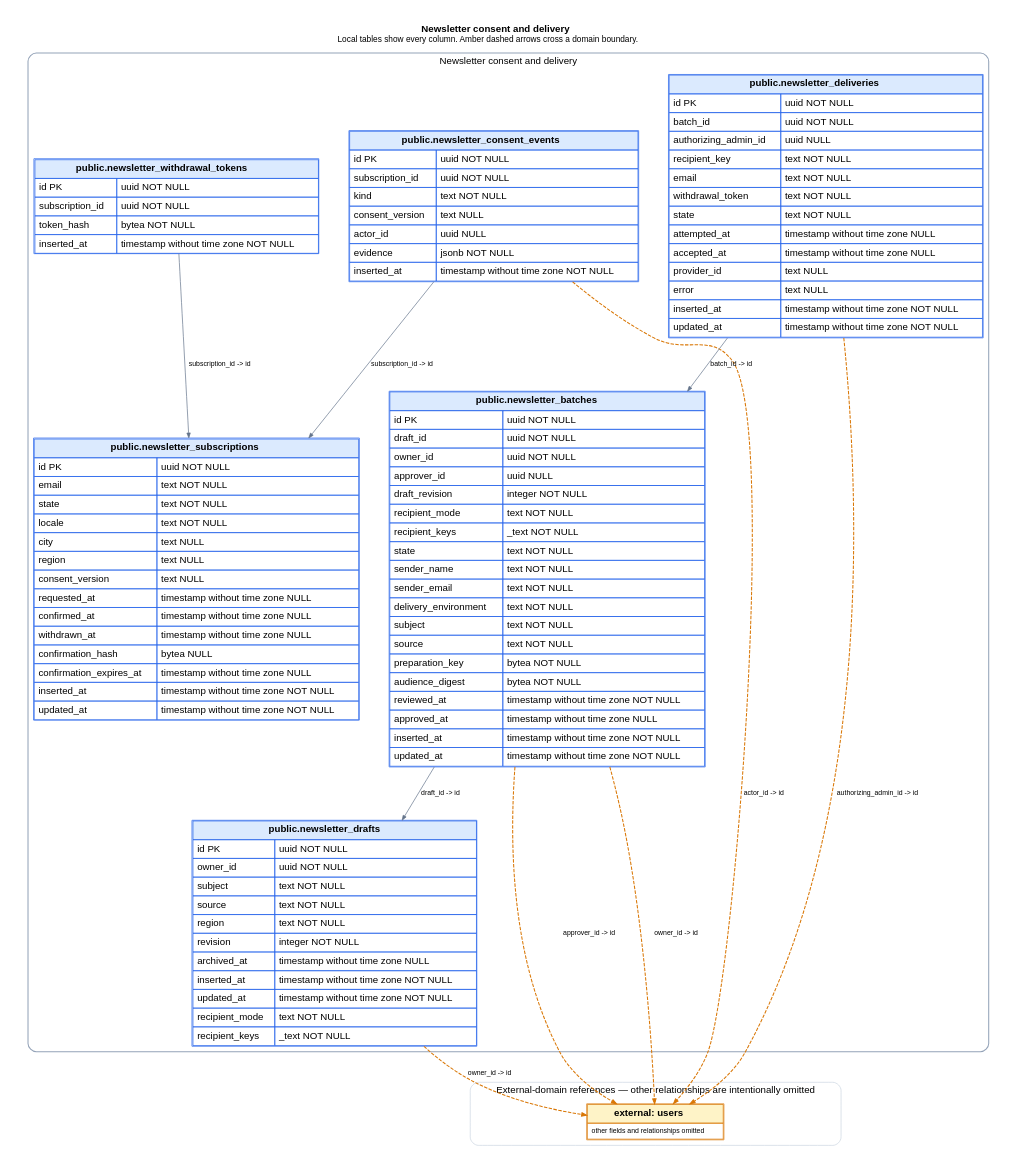
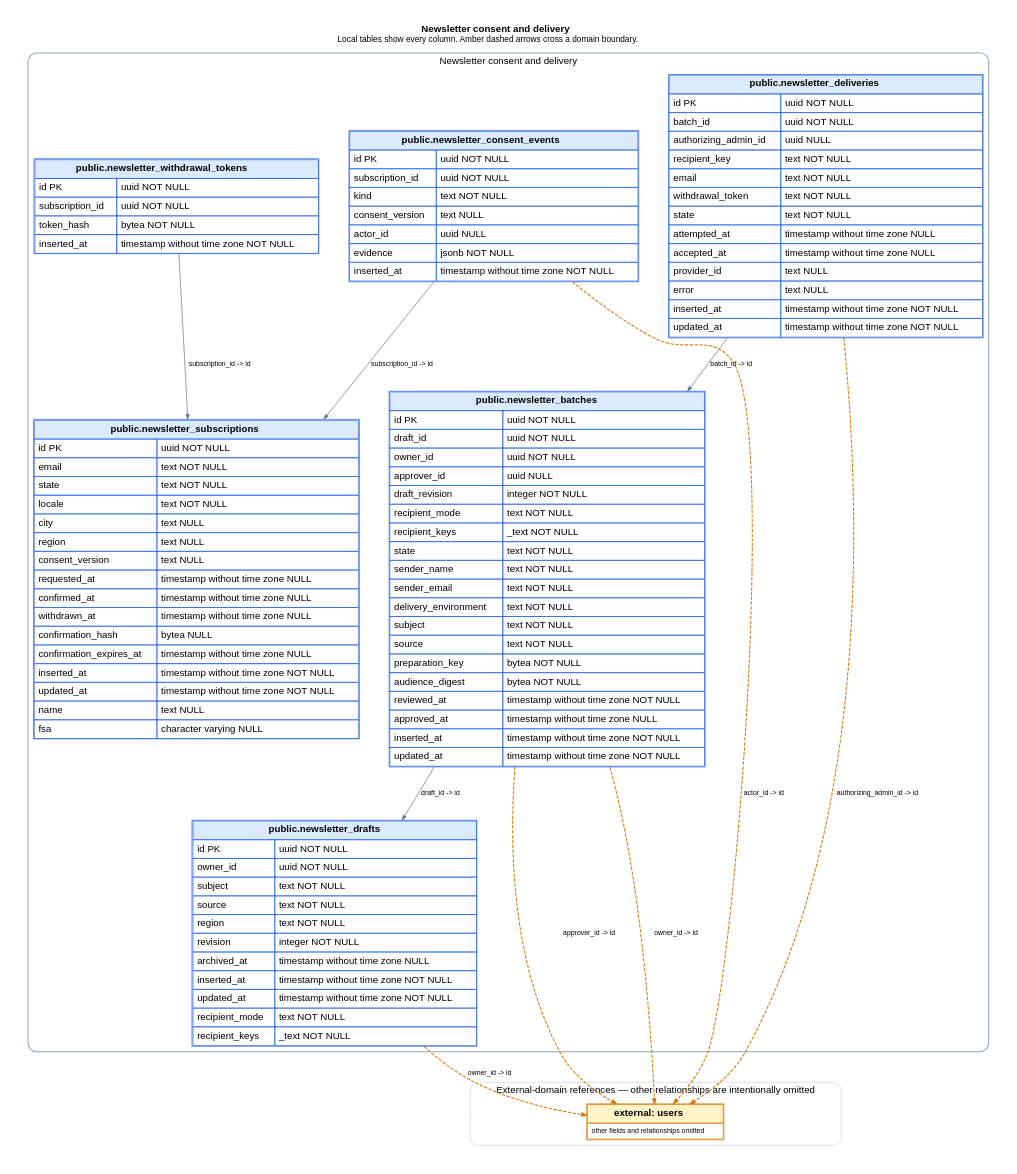
One commit to ogourment/pauseai.ca-website changed the diagram in docs/schema/domains/newsletter.dot. Above: the diagram before and after it, drawn with Graphviz. The commit also changed 26 other files, not shown here.

```diff
--- a/docs/schema/domains/newsletter.dot
+++ b/docs/schema/domains/newsletter.dot
@@ -1,80 +1,80 @@
 digraph newsletter {
   graph [rankdir=TB, bgcolor="white", pad=0.35, nodesep=0.6, ranksep=0.9, fontname="Helvetica"];
   node [shape=plain, fontname="Helvetica"];
   edge [fontname="Helvetica", fontsize=10, arrowsize=0.7];
   labelloc="t";
   label=< <B>Newsletter consent and delivery</B><BR/><FONT POINT-SIZE="12">Local tables show every column. Amber dashed arrows cross a domain boundary.</FONT> >;
 
   subgraph cluster_local {
     label="Newsletter consent and delivery";
     color="#94a3b8";
     penwidth=1.5;
     style="rounded";
   "newsletter_subscriptions" [label=<
     <TABLE BORDER="1" CELLBORDER="1" CELLSPACING="0" CELLPADDING="5" COLOR="#2563eb">
       <TR><TD BGCOLOR="#dbeafe" COLSPAN="2"><B>public.newsletter_subscriptions</B></TD></TR>
-      <TR><TD ALIGN="LEFT">id PK</TD><TD ALIGN="LEFT">uuid NOT NULL</TD></TR><TR><TD ALIGN="LEFT">email</TD><TD ALIGN="LEFT">text NOT NULL</TD></TR><TR><TD ALIGN="LEFT">state</TD><TD ALIGN="LEFT">text NOT NULL</TD></TR><TR><TD ALIGN="LEFT">locale</TD><TD ALIGN="LEFT">text NOT NULL</TD></TR><TR><TD ALIGN="LEFT">city</TD><TD ALIGN="LEFT">text NULL</TD></TR><TR><TD ALIGN="LEFT">region</TD><TD ALIGN="LEFT">text NULL</TD></TR><TR><TD ALIGN="LEFT">consent_version</TD><TD ALIGN="LEFT">text NULL</TD></TR><TR><TD ALIGN="LEFT">requested_at</TD><TD ALIGN="LEFT">timestamp without time zone NULL</TD></TR><TR><TD ALIGN="LEFT">confirmed_at</TD><TD ALIGN="LEFT">timestamp without time zone NULL</TD></TR><TR><TD ALIGN="LEFT">withdrawn_at</TD><TD ALIGN="LEFT">timestamp without time zone NULL</TD></TR><TR><TD ALIGN="LEFT">confirmation_hash</TD><TD ALIGN="LEFT">bytea NULL</TD></TR><TR><TD ALIGN="LEFT">confirmation_expires_at</TD><TD ALIGN="LEFT">timestamp without time zone NULL</TD></TR><TR><TD ALIGN="LEFT">inserted_at</TD><TD ALIGN="LEFT">timestamp without time zone NOT NULL</TD></TR><TR><TD ALIGN="LEFT">updated_at</TD><TD ALIGN="LEFT">timestamp without time zone NOT NULL</TD></TR>
+      <TR><TD ALIGN="LEFT">id PK</TD><TD ALIGN="LEFT">uuid NOT NULL</TD></TR><TR><TD ALIGN="LEFT">email</TD><TD ALIGN="LEFT">text NOT NULL</TD></TR><TR><TD ALIGN="LEFT">state</TD><TD ALIGN="LEFT">text NOT NULL</TD></TR><TR><TD ALIGN="LEFT">locale</TD><TD ALIGN="LEFT">text NOT NULL</TD></TR><TR><TD ALIGN="LEFT">city</TD><TD ALIGN="LEFT">text NULL</TD></TR><TR><TD ALIGN="LEFT">region</TD><TD ALIGN="LEFT">text NULL</TD></TR><TR><TD ALIGN="LEFT">consent_version</TD><TD ALIGN="LEFT">text NULL</TD></TR><TR><TD ALIGN="LEFT">requested_at</TD><TD ALIGN="LEFT">timestamp without time zone NULL</TD></TR><TR><TD ALIGN="LEFT">confirmed_at</TD><TD ALIGN="LEFT">timestamp without time zone NULL</TD></TR><TR><TD ALIGN="LEFT">withdrawn_at</TD><TD ALIGN="LEFT">timestamp without time zone NULL</TD></TR><TR><TD ALIGN="LEFT">confirmation_hash</TD><TD ALIGN="LEFT">bytea NULL</TD></TR><TR><TD ALIGN="LEFT">confirmation_expires_at</TD><TD ALIGN="LEFT">timestamp without time zone NULL</TD></TR><TR><TD ALIGN="LEFT">inserted_at</TD><TD ALIGN="LEFT">timestamp without time zone NOT NULL</TD></TR><TR><TD ALIGN="LEFT">updated_at</TD><TD ALIGN="LEFT">timestamp without time zone NOT NULL</TD></TR><TR><TD ALIGN="LEFT">name</TD><TD ALIGN="LEFT">text NULL</TD></TR><TR><TD ALIGN="LEFT">fsa</TD><TD ALIGN="LEFT">character varying NULL</TD></TR>
     </TABLE>
   >];
 
   "newsletter_consent_events" [label=<
     <TABLE BORDER="1" CELLBORDER="1" CELLSPACING="0" CELLPADDING="5" COLOR="#2563eb">
       <TR><TD BGCOLOR="#dbeafe" COLSPAN="2"><B>public.newsletter_consent_events</B></TD></TR>
       <TR><TD ALIGN="LEFT">id PK</TD><TD ALIGN="LEFT">uuid NOT NULL</TD></TR><TR><TD ALIGN="LEFT">subscription_id</TD><TD ALIGN="LEFT">uuid NOT NULL</TD></TR><TR><TD ALIGN="LEFT">kind</TD><TD ALIGN="LEFT">text NOT NULL</TD></TR><TR><TD ALIGN="LEFT">consent_version</TD><TD ALIGN="LEFT">text NULL</TD></TR><TR><TD ALIGN="LEFT">actor_id</TD><TD ALIGN="LEFT">uuid NULL</TD></TR><TR><TD ALIGN="LEFT">evidence</TD><TD ALIGN="LEFT">jsonb NOT NULL</TD></TR><TR><TD ALIGN="LEFT">inserted_at</TD><TD ALIGN="LEFT">timestamp without time zone NOT NULL</TD></TR>
     </TABLE>
   >];
 
   "newsletter_withdrawal_tokens" [label=<
     <TABLE BORDER="1" CELLBORDER="1" CELLSPACING="0" CELLPADDING="5" COLOR="#2563eb">
       <TR><TD BGCOLOR="#dbeafe" COLSPAN="2"><B>public.newsletter_withdrawal_tokens</B></TD></TR>
       <TR><TD ALIGN="LEFT">id PK</TD><TD ALIGN="LEFT">uuid NOT NULL</TD></TR><TR><TD ALIGN="LEFT">subscription_id</TD><TD ALIGN="LEFT">uuid NOT NULL</TD></TR><TR><TD ALIGN="LEFT">token_hash</TD><TD ALIGN="LEFT">bytea NOT NULL</TD></TR><TR><TD ALIGN="LEFT">inserted_at</TD><TD ALIGN="LEFT">timestamp without time zone NOT NULL</TD></TR>
     </TABLE>
   >];
 
   "newsletter_drafts" [label=<
     <TABLE BORDER="1" CELLBORDER="1" CELLSPACING="0" CELLPADDING="5" COLOR="#2563eb">
       <TR><TD BGCOLOR="#dbeafe" COLSPAN="2"><B>public.newsletter_drafts</B></TD></TR>
       <TR><TD ALIGN="LEFT">id PK</TD><TD ALIGN="LEFT">uuid NOT NULL</TD></TR><TR><TD ALIGN="LEFT">owner_id</TD><TD ALIGN="LEFT">uuid NOT NULL</TD></TR><TR><TD ALIGN="LEFT">subject</TD><TD ALIGN="LEFT">text NOT NULL</TD></TR><TR><TD ALIGN="LEFT">source</TD><TD ALIGN="LEFT">text NOT NULL</TD></TR><TR><TD ALIGN="LEFT">region</TD><TD ALIGN="LEFT">text NOT NULL</TD></TR><TR><TD ALIGN="LEFT">revision</TD><TD ALIGN="LEFT">integer NOT NULL</TD></TR><TR><TD ALIGN="LEFT">archived_at</TD><TD ALIGN="LEFT">timestamp without time zone NULL</TD></TR><TR><TD ALIGN="LEFT">inserted_at</TD><TD ALIGN="LEFT">timestamp without time zone NOT NULL</TD></TR><TR><TD ALIGN="LEFT">updated_at</TD><TD ALIGN="LEFT">timestamp without time zone NOT NULL</TD></TR><TR><TD ALIGN="LEFT">recipient_mode</TD><TD ALIGN="LEFT">text NOT NULL</TD></TR><TR><TD ALIGN="LEFT">recipient_keys</TD><TD ALIGN="LEFT">_text NOT NULL</TD></TR>
     </TABLE>
   >];
 
   "newsletter_batches" [label=<
     <TABLE BORDER="1" CELLBORDER="1" CELLSPACING="0" CELLPADDING="5" COLOR="#2563eb">
       <TR><TD BGCOLOR="#dbeafe" COLSPAN="2"><B>public.newsletter_batches</B></TD></TR>
       <TR><TD ALIGN="LEFT">id PK</TD><TD ALIGN="LEFT">uuid NOT NULL</TD></TR><TR><TD ALIGN="LEFT">draft_id</TD><TD ALIGN="LEFT">uuid NOT NULL</TD></TR><TR><TD ALIGN="LEFT">owner_id</TD><TD ALIGN="LEFT">uuid NOT NULL</TD></TR><TR><TD ALIGN="LEFT">approver_id</TD><TD ALIGN="LEFT">uuid NULL</TD></TR><TR><TD ALIGN="LEFT">draft_revision</TD><TD ALIGN="LEFT">integer NOT NULL</TD></TR><TR><TD ALIGN="LEFT">recipient_mode</TD><TD ALIGN="LEFT">text NOT NULL</TD></TR><TR><TD ALIGN="LEFT">recipient_keys</TD><TD ALIGN="LEFT">_text NOT NULL</TD></TR><TR><TD ALIGN="LEFT">state</TD><TD ALIGN="LEFT">text NOT NULL</TD></TR><TR><TD ALIGN="LEFT">sender_name</TD><TD ALIGN="LEFT">text NOT NULL</TD></TR><TR><TD ALIGN="LEFT">sender_email</TD><TD ALIGN="LEFT">text NOT NULL</TD></TR><TR><TD ALIGN="LEFT">delivery_environment</TD><TD ALIGN="LEFT">text NOT NULL</TD></TR><TR><TD ALIGN="LEFT">subject</TD><TD ALIGN="LEFT">text NOT NULL</TD></TR><TR><TD ALIGN="LEFT">source</TD><TD ALIGN="LEFT">text NOT NULL</TD></TR><TR><TD ALIGN="LEFT">preparation_key</TD><TD ALIGN="LEFT">bytea NOT NULL</TD></TR><TR><TD ALIGN="LEFT">audience_digest</TD><TD ALIGN="LEFT">bytea NOT NULL</TD></TR><TR><TD ALIGN="LEFT">reviewed_at</TD><TD ALIGN="LEFT">timestamp without time zone NOT NULL</TD></TR><TR><TD ALIGN="LEFT">approved_at</TD><TD ALIGN="LEFT">timestamp without time zone NULL</TD></TR><TR><TD ALIGN="LEFT">inserted_at</TD><TD ALIGN="LEFT">timestamp without time zone NOT NULL</TD></TR><TR><TD ALIGN="LEFT">updated_at</TD><TD ALIGN="LEFT">timestamp without time zone NOT NULL</TD></TR>
     </TABLE>
   >];
 
   "newsletter_deliveries" [label=<
     <TABLE BORDER="1" CELLBORDER="1" CELLSPACING="0" CELLPADDING="5" COLOR="#2563eb">
       <TR><TD BGCOLOR="#dbeafe" COLSPAN="2"><B>public.newsletter_deliveries</B></TD></TR>
       <TR><TD ALIGN="LEFT">id PK</TD><TD ALIGN="LEFT">uuid NOT NULL</TD></TR><TR><TD ALIGN="LEFT">batch_id</TD><TD ALIGN="LEFT">uuid NOT NULL</TD></TR><TR><TD ALIGN="LEFT">authorizing_admin_id</TD><TD ALIGN="LEFT">uuid NULL</TD></TR><TR><TD ALIGN="LEFT">recipient_key</TD><TD ALIGN="LEFT">text NOT NULL</TD></TR><TR><TD ALIGN="LEFT">email</TD><TD ALIGN="LEFT">text NOT NULL</TD></TR><TR><TD ALIGN="LEFT">withdrawal_token</TD><TD ALIGN="LEFT">text NOT NULL</TD></TR><TR><TD ALIGN="LEFT">state</TD><TD ALIGN="LEFT">text NOT NULL</TD></TR><TR><TD ALIGN="LEFT">attempted_at</TD><TD ALIGN="LEFT">timestamp without time zone NULL</TD></TR><TR><TD ALIGN="LEFT">accepted_at</TD><TD ALIGN="LEFT">timestamp without time zone NULL</TD></TR><TR><TD ALIGN="LEFT">provider_id</TD><TD ALIGN="LEFT">text NULL</TD></TR><TR><TD ALIGN="LEFT">error</TD><TD ALIGN="LEFT">text NULL</TD></TR><TR><TD ALIGN="LEFT">inserted_at</TD><TD ALIGN="LEFT">timestamp without time zone NOT NULL</TD></TR><TR><TD ALIGN="LEFT">updated_at</TD><TD ALIGN="LEFT">timestamp without time zone NOT NULL</TD></TR>
     </TABLE>
   >];
 
   }
 
   subgraph cluster_external {
     label="External-domain references — other relationships are intentionally omitted";
     color="#cbd5e1";
     penwidth=1;
     style="rounded";
   "users" [label=<
     <TABLE BORDER="1" CELLBORDER="1" CELLSPACING="0" CELLPADDING="5" COLOR="#d97706">
       <TR><TD BGCOLOR="#fef3c7"><B>external: users</B></TD></TR>
       <TR><TD><FONT POINT-SIZE="10">other fields and relationships omitted</FONT></TD></TR>
     </TABLE>
   >];
 
   }
 
   "newsletter_batches" -> "users" [label="approver_id -> id", color="#d97706", style="dashed", penwidth=1.5];
   "newsletter_batches" -> "newsletter_drafts" [label="draft_id -> id", color="#64748b"];
   "newsletter_batches" -> "users" [label="owner_id -> id", color="#d97706", style="dashed", penwidth=1.5];
   "newsletter_consent_events" -> "users" [label="actor_id -> id", color="#d97706", style="dashed", penwidth=1.5];
   "newsletter_consent_events" -> "newsletter_subscriptions" [label="subscription_id -> id", color="#64748b"];
   "newsletter_deliveries" -> "users" [label="authorizing_admin_id -> id", color="#d97706", style="dashed", penwidth=1.5];
   "newsletter_deliveries" -> "newsletter_batches" [label="batch_id -> id", color="#64748b"];
   "newsletter_drafts" -> "users" [label="owner_id -> id", color="#d97706", style="dashed", penwidth=1.5];
   "newsletter_withdrawal_tokens" -> "newsletter_subscriptions" [label="subscription_id -> id", color="#64748b"];
 }
```
